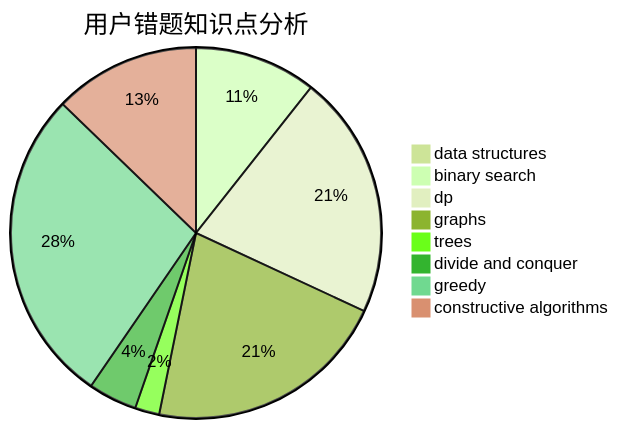
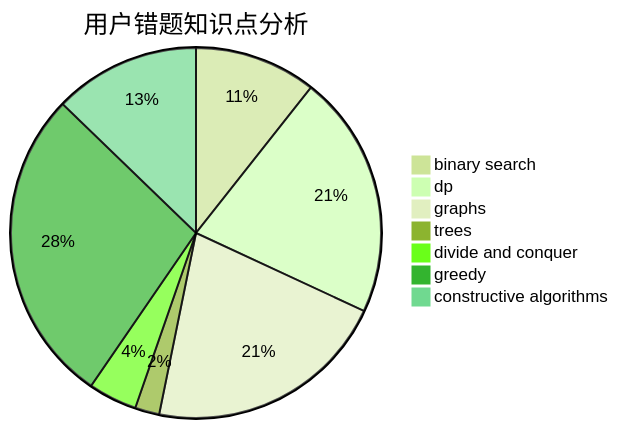
One commit to sherpahu/cfrs.github.io changed the third of 3 diagrams in docs/user/u1911.md. Above: the diagram before and after it, drawn with Mermaid (forest theme). The commit also changed other lines of this file and 2770 other files, not shown here.

````diff
--- a/docs/user/u1911.md
+++ b/docs/user/u1911.md
@@ -31,11 +28,10 @@
 ```mermaid
 pie title 用户错题知识点分析
-    "data structures" :  0
     "binary search" :  5
     "dp" :  10
     "graphs" :  10
     "trees" :  1
     "divide and conquer" :  2
     "greedy" :  13
     "constructive algorithms" :  6
 ```
````
